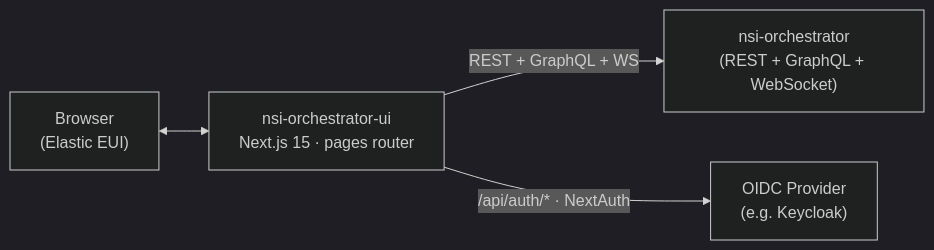
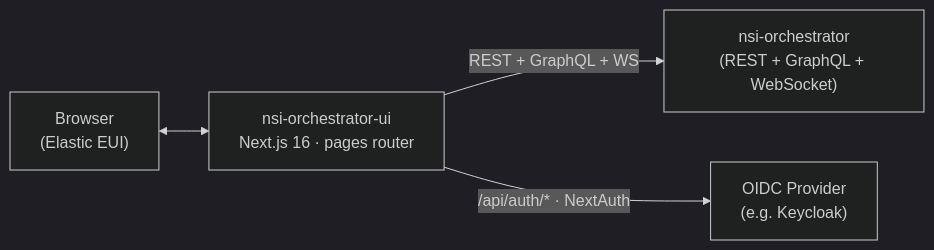
Before and after one commit to workfloworchestrator/nsi-orchestrator-ui: the diagram in README.md, drawn with Mermaid (dark theme). The commit also changed 8 other files, not shown here.

````diff
--- a/README.md
+++ b/README.md
@@ -57,11 +57,11 @@
 ```mermaid
 flowchart LR
     Browser["Browser<br/>(Elastic EUI)"]
-    UI["nsi-orchestrator-ui<br/>Next.js 15 · pages router"]
+    UI["nsi-orchestrator-ui<br/>Next.js 16 · pages router"]
     Backend["nsi-orchestrator<br/>(REST + GraphQL + WebSocket)"]
     OIDC["OIDC Provider<br/>(e.g. Keycloak)"]
 
     Browser <--> UI
     UI -->|REST + GraphQL + WS| Backend
     UI -->|/api/auth/* · NextAuth| OIDC
 ```
````
